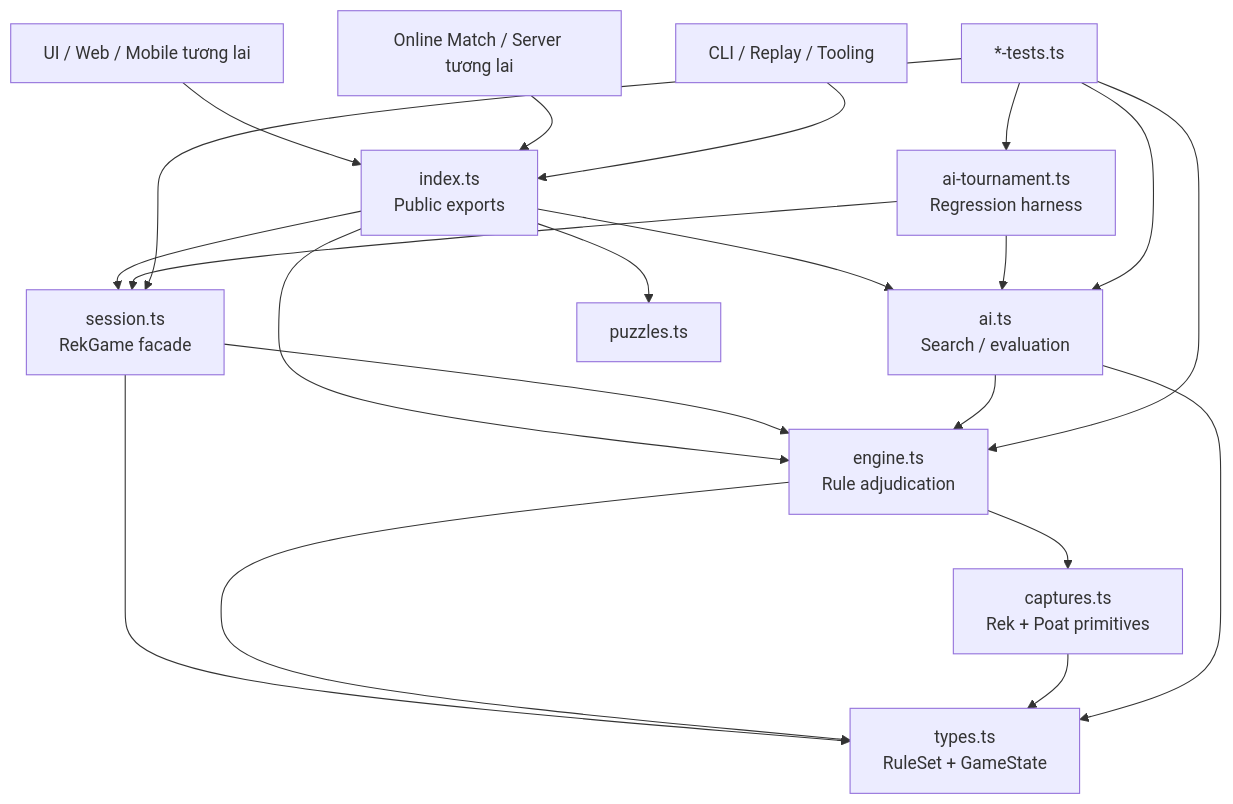
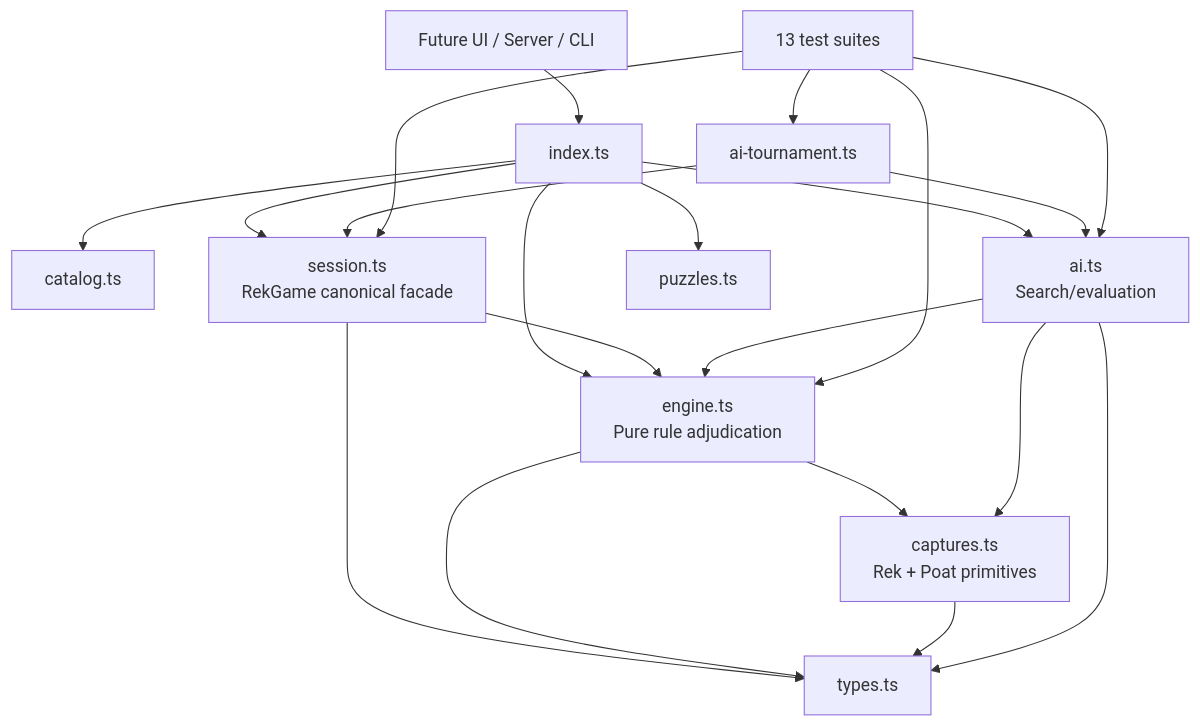
The first of 7 diagrams in ENGINE_ARCHITECTURE_REK_KHMER.md (machxanht/Rek-Khmer-Chess), drawn with Mermaid before and after one commit. The commit also changed other lines of this file and 7 other files, not shown here.

````diff
--- a/ENGINE_ARCHITECTURE_REK_KHMER.md
+++ b/ENGINE_ARCHITECTURE_REK_KHMER.md
@@ -51,41 +52,38 @@
 ```mermaid
 flowchart TD
-    UI[UI / Web / Mobile tương lai]
-    SERVER[Online Match / Server tương lai]
-    CLI[CLI / Replay / Tooling]
+    APP[Future UI / Server / CLI]
+    API[index.ts]
+    CAT[catalog.ts]
+    SESSION[session.ts\nRekGame canonical facade]
+    ENGINE[engine.ts\nPure rule adjudication]
+    CAP[captures.ts\nRek + Poat primitives]
+    TYPES[types.ts]
+    AI[ai.ts\nSearch/evaluation]
+    TOURNEY[ai-tournament.ts]
+    PUZZLES[puzzles.ts]
+    TESTS[13 test suites]
 
-    API[index.ts\nPublic exports]
-    SESSION[session.ts\nRekGame facade]
-    ENGINE[engine.ts\nRule adjudication]
-    CAP[captures.ts\nRek + Poat primitives]
-    TYPES[types.ts\nRuleSet + GameState]
-    AI[ai.ts\nSearch / evaluation]
-    TOURNEY[ai-tournament.ts\nRegression harness]
-    PUZZLES[puzzles.ts]
-    TESTS[*-tests.ts]
-
-    UI --> API
-    SERVER --> API
-    CLI --> API
-
+    APP --> API
+    API --> CAT
     API --> SESSION
     API --> ENGINE
     API --> AI
     API --> PUZZLES
 
     SESSION --> ENGINE
     SESSION --> TYPES
     ENGINE --> CAP
     ENGINE --> TYPES
     CAP --> TYPES
 
     AI --> ENGINE
+    AI --> CAP
     AI --> TYPES
     TOURNEY --> SESSION
     TOURNEY --> AI
 
     TESTS --> ENGINE
     TESTS --> SESSION
     TESTS --> AI
     TESTS --> TOURNEY
 ```
````
